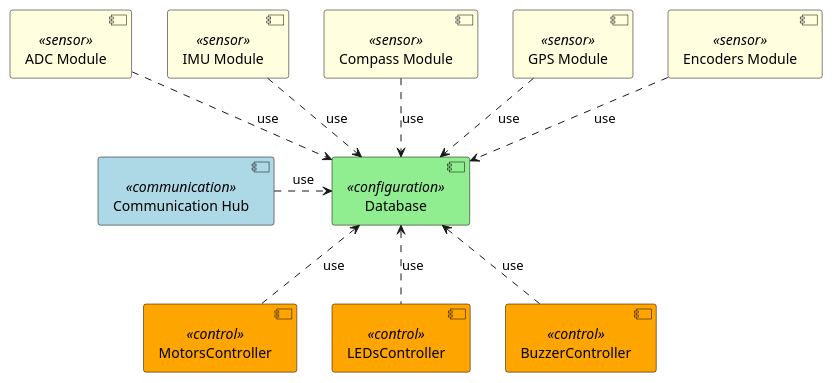
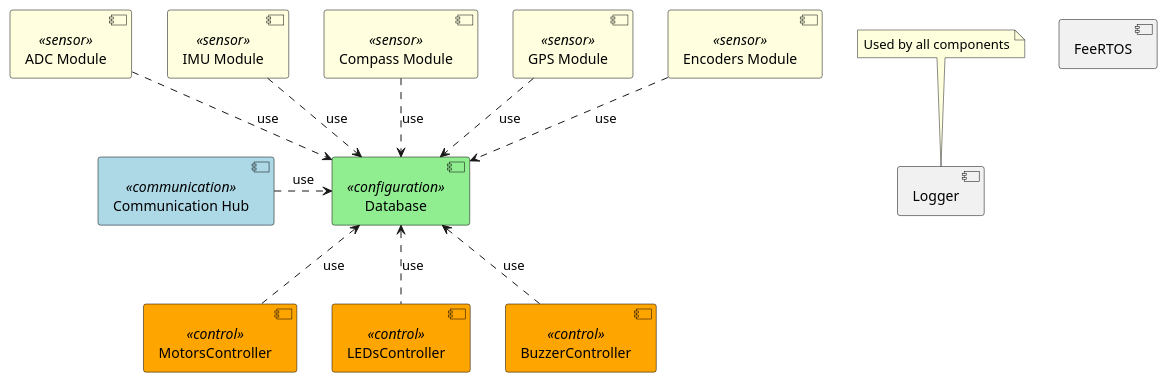
One commit to KPI-Rover/ecu_sw changed the first of 2 diagrams in docs/sad.md. Above: the diagram before and after it, drawn with PlantUML. The commit also changed other lines of this file, not shown here.

Commit message:
SAD: Describe Database component

````diff
--- a/docs/sad.md
+++ b/docs/sad.md
@@ -5,38 +19,44 @@
 ```plantuml
     @startuml
     skinparam component {
     BackgroundColor<<communication>> LightBlue
     BackgroundColor<<sensor>> LightYellow
     BackgroundColor<<configuration>> LightGreen
     BackgroundColor<<control>> Orange
     BorderColor Black
     FontColor Black
     }
 
     component "Database" <<configuration>>
 
     component "Communication Hub" <<communication>>
 
     component "MotorsController" <<control>>
     
     component "ADC Module" <<sensor>>
     component "IMU Module" <<sensor>>
     component "Compass Module" <<sensor>>
     component "GPS Module" <<sensor>>
     component "Encoders Module" <<sensor>>
 
     component "LEDsController" <<control>>
     component "BuzzerController" <<control>>
+    component "Logger"
+    component "FeeRTOS"
+
+    note top of "Logger"
+      Used by all components
+    end note
 
     [Communication Hub] .right.> [Database] : "use"
     
     [ADC Module] .down.> [Database] : "use"
     [IMU Module] .down.> [Database] : "use"
     [Compass Module] .down.> [Database] : "use"
     [GPS Module] .down.> [Database] : "use"
     [Encoders Module] .down.> [Database] : "use"
     [MotorsController] .up.> [Database] : "use"
     [LEDsController] .up.> [Database] : "use"
     [BuzzerController] .up.> [Database] : "use"
     @enduml
 ```
````
